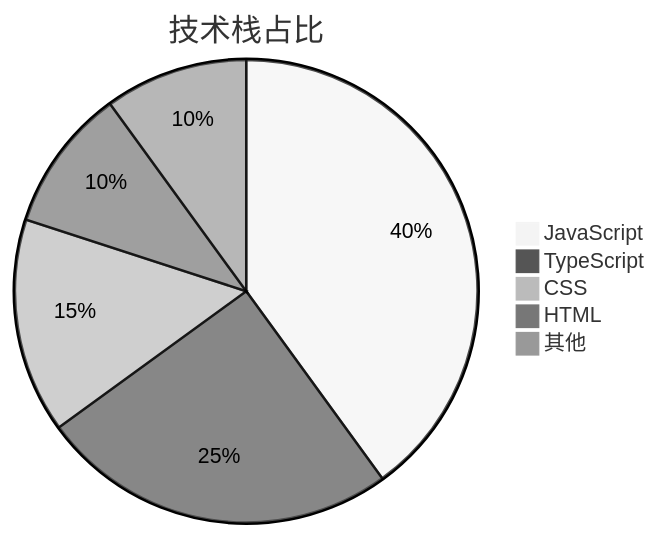
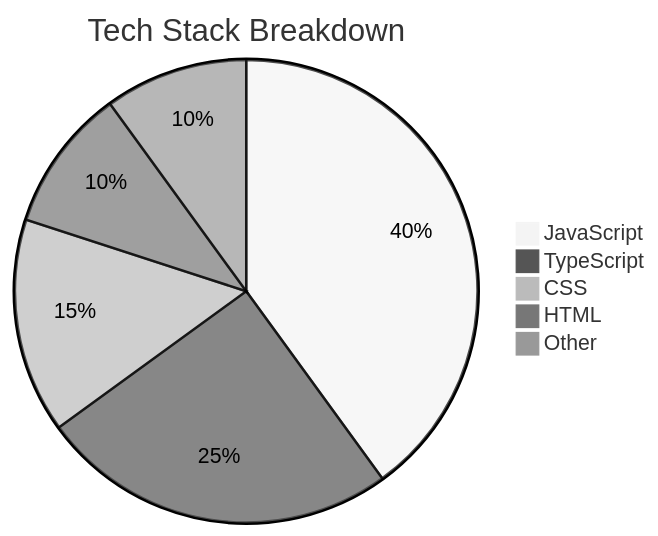
One commit to shakingshards-crypto/shakingshards-crypto.github.io changed the fifth of 7 diagrams in src/content/blog/mermaid-demo/index.md. Above: the diagram before and after it, drawn with Mermaid (neutral theme). The commit also changed other lines of this file and 38 other files, not shown here.

````diff
--- a/src/content/blog/mermaid-demo/index.md
+++ b/src/content/blog/mermaid-demo/index.md
@@ -90,8 +90,8 @@
 ```mermaid
-pie title 技术栈占比
+pie title Tech Stack Breakdown
     "JavaScript" : 40
     "TypeScript" : 25
     "CSS" : 15
     "HTML" : 10
-    "其他" : 10
+    "Other" : 10
 ```
````
